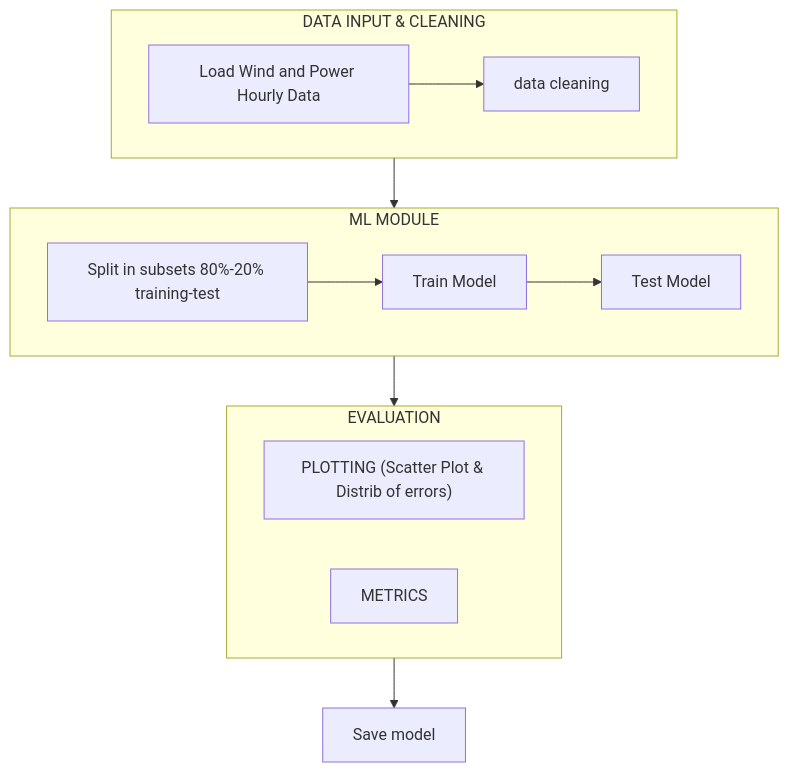
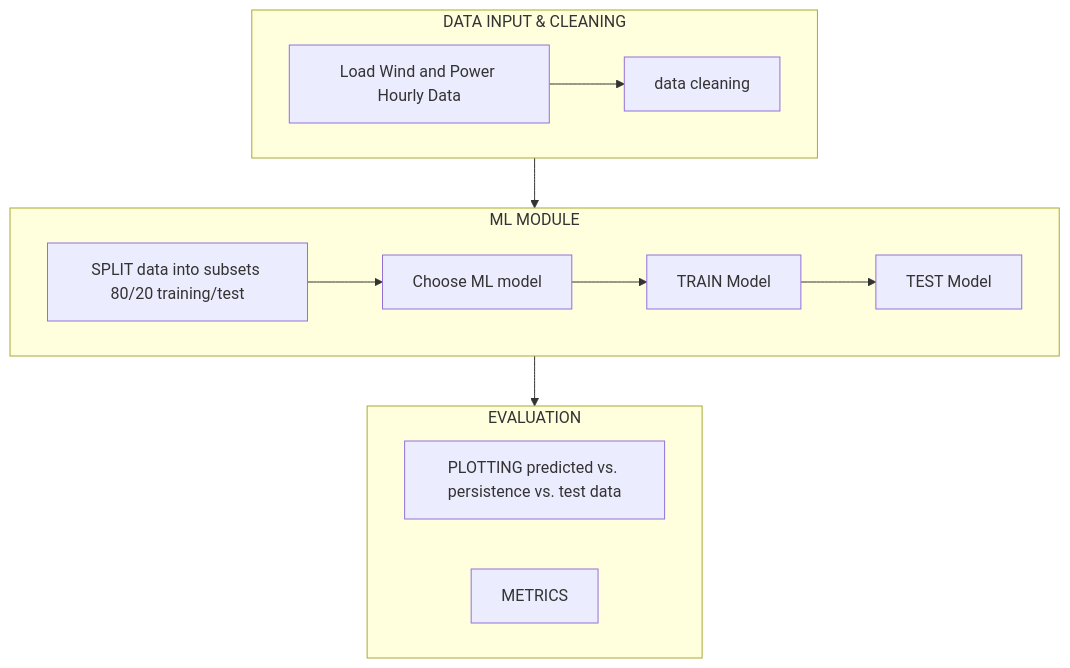
The diagram in README.md (stefano7-7/Project03_46W38), drawn with Mermaid before and after one commit. The commit also changed other lines of this file, not shown here.

````diff
--- a/README.md
+++ b/README.md
@@ -42,21 +50,21 @@
 ```mermaid
 flowchart 
 subgraph INPUT ["DATA INPUT & CLEANING"]
     LOAD_DATA["Load Wind and Power Hourly Data"]
     PREPROCESS["data cleaning"]
     LOAD_DATA --> PREPROCESS
 end
 subgraph ML_BLOCK ["ML MODULE"]
-    D["Split in subsets 80%-20% training-test"]
-    E["Train Model"]
-    F["Test Model"]
-    D --> E --> F
+    D["SPLIT data into subsets 80/20 training/test"]
+    E["Choose ML model"]
+    F["TRAIN Model"]
+    G["TEST Model"]
+    D --> E --> F --> G
 end
 subgraph EVALUATION["EVALUATION"]
-    G1["PLOTTING (Scatter Plot & Distrib of errors)"]
-    H1["METRICS"]
+    G1["PLOTTING predicted vs. persistence vs. test data"]
+    G2["METRICS"]
 end
-SAVE["Save model"] 
 
-INPUT --> ML_BLOCK --> EVALUATION --> SAVE
+INPUT --> ML_BLOCK --> EVALUATION
 ```
````
